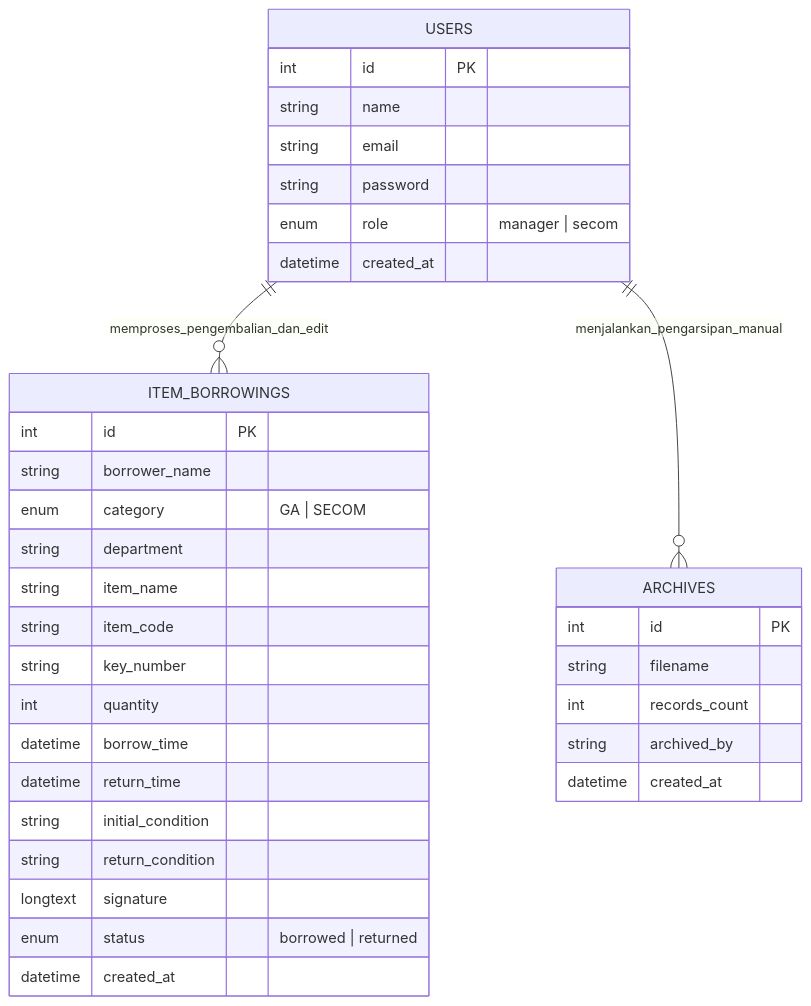
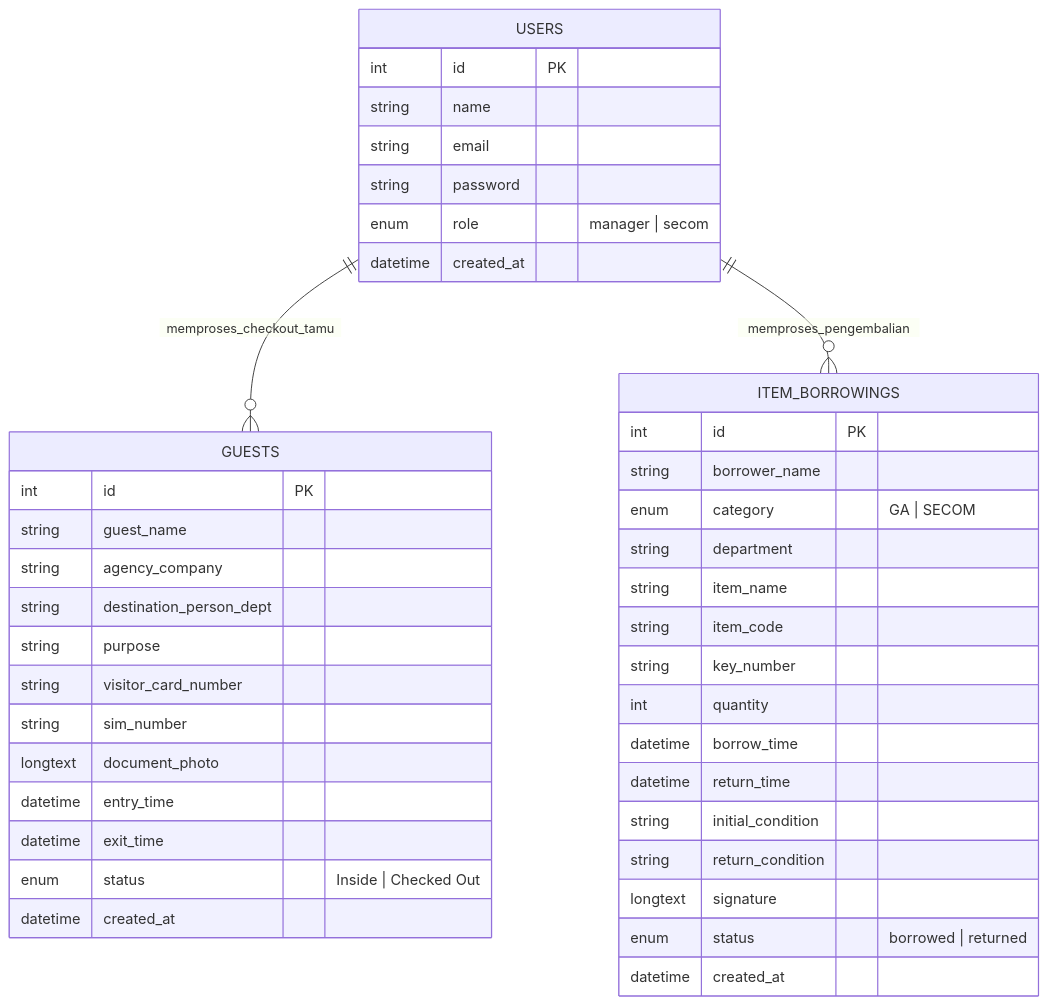
One commit to darulgusti/Management-GA changed the second of 2 diagrams in ERD.md. Above: the diagram before and after it, drawn with Mermaid. The commit also changed other lines of this file and 1 other file, not shown here.

Commit message:
fix: perbaiki pengarsipan manual - tidak lagi hapus semua data aktif, hanya hapus yang status Checked Out / returned

````diff
--- a/ERD.md
+++ b/ERD.md
@@ -100,40 +93,47 @@
 ```mermaid
 erDiagram
     USERS {
         int id PK
         string name
         string email
         string password
         enum role "manager | secom"
+        datetime created_at
+    }
+
+    GUESTS {
+        int id PK
+        string guest_name
+        string agency_company
+        string destination_person_dept
+        string purpose
+        string visitor_card_number
+        string sim_number
+        longtext document_photo
+        datetime entry_time
+        datetime exit_time
+        enum status "Inside | Checked Out"
         datetime created_at
     }
 
     ITEM_BORROWINGS {
         int id PK
         string borrower_name
         enum category "GA | SECOM"
         string department
         string item_name
         string item_code
         string key_number
         int quantity
         datetime borrow_time
         datetime return_time
         string initial_condition
         string return_condition
         longtext signature
         enum status "borrowed | returned"
         datetime created_at
     }
 
-    ARCHIVES {
-        int id PK
-        string filename
-        int records_count
-        string archived_by
-        datetime created_at
-    }
-
-    USERS ||--o{ ITEM_BORROWINGS : "memproses_pengembalian_dan_edit"
-    USERS ||--o{ ARCHIVES : "menjalankan_pengarsipan_manual"
+    USERS ||--o{ GUESTS : "memproses_checkout_tamu"
+    USERS ||--o{ ITEM_BORROWINGS : "memproses_pengembalian"
 ```
````
